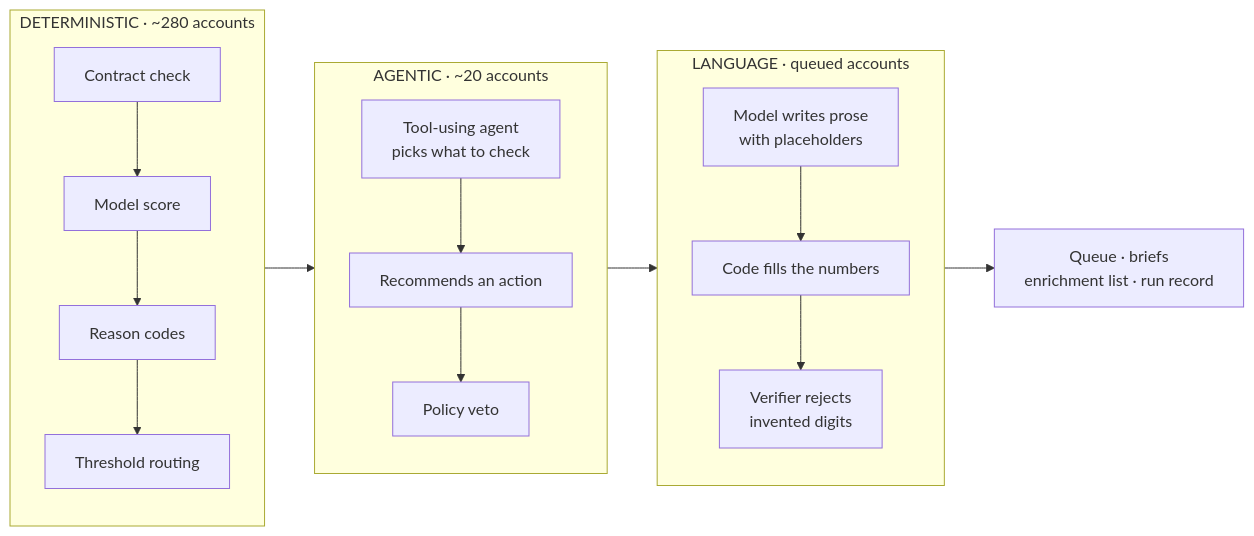
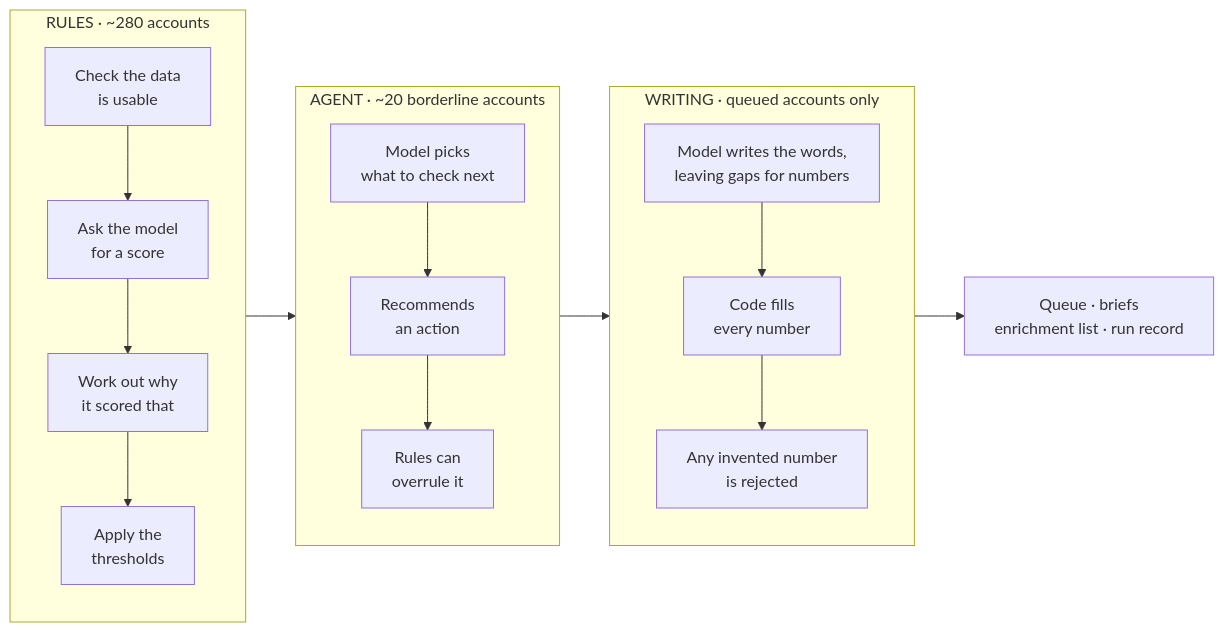
Before and after one commit to kb2326/cordilla-account-scoring: the third of 5 diagrams in README.md, drawn with Mermaid. The commit also changed other lines of this file and 1 other file, not shown here.

````diff
--- a/README.md
+++ b/README.md
@@ -103,16 +118,16 @@
 ```mermaid
 flowchart LR
-    subgraph D["DETERMINISTIC · ~280 accounts"]
+        subgraph D["RULES · ~280 accounts"]
         direction TB
-        D1["Contract check"] --> D2["Model score"] --> D3["Reason codes"] --> D4["Threshold routing"]
+        D1["Check the data<br/>is usable"] --> D2["Ask the model<br/>for a score"] --> D3["Work out why<br/>it scored that"] --> D4["Apply the<br/>thresholds"]
     end
-    subgraph A["AGENTIC · ~20 accounts"]
+        subgraph A["AGENT · ~20 borderline accounts"]
         direction TB
-        A1["Tool-using agent<br/>picks what to check"] --> A2["Recommends an action"] --> A3["Policy veto"]
+        A1["Model picks<br/>what to check next"] --> A2["Recommends<br/>an action"] --> A3["Rules can<br/>overrule it"]
     end
-    subgraph L["LANGUAGE · queued accounts"]
+        subgraph L["WRITING · queued accounts only"]
         direction TB
-        L1["Model writes prose<br/>with placeholders"] --> L2["Code fills the numbers"] --> L3["Verifier rejects<br/>invented digits"]
+        L1["Model writes the words,<br/>leaving gaps for numbers"] --> L2["Code fills<br/>every number"] --> L3["Any invented number<br/>is rejected"]
     end
     D --> A --> L --> OUT["Queue · briefs<br/>enrichment list · run record"]
 ```
````
